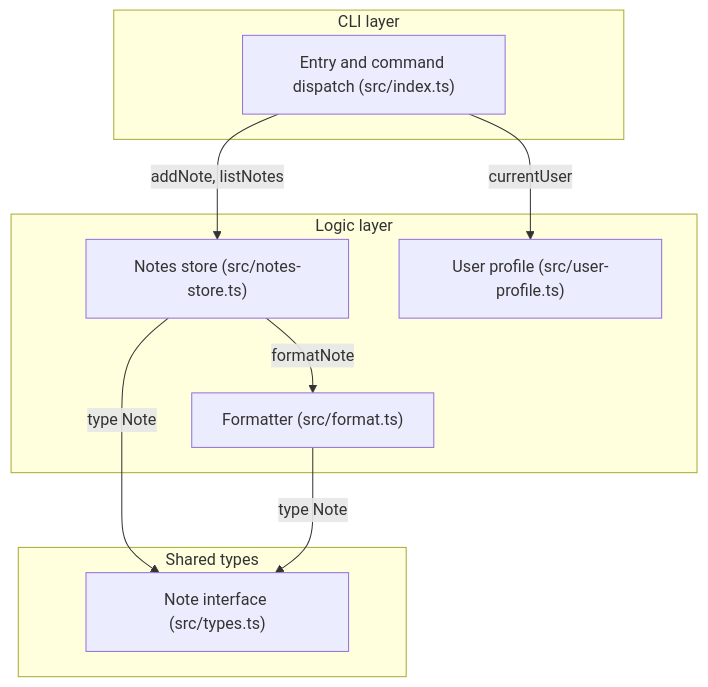
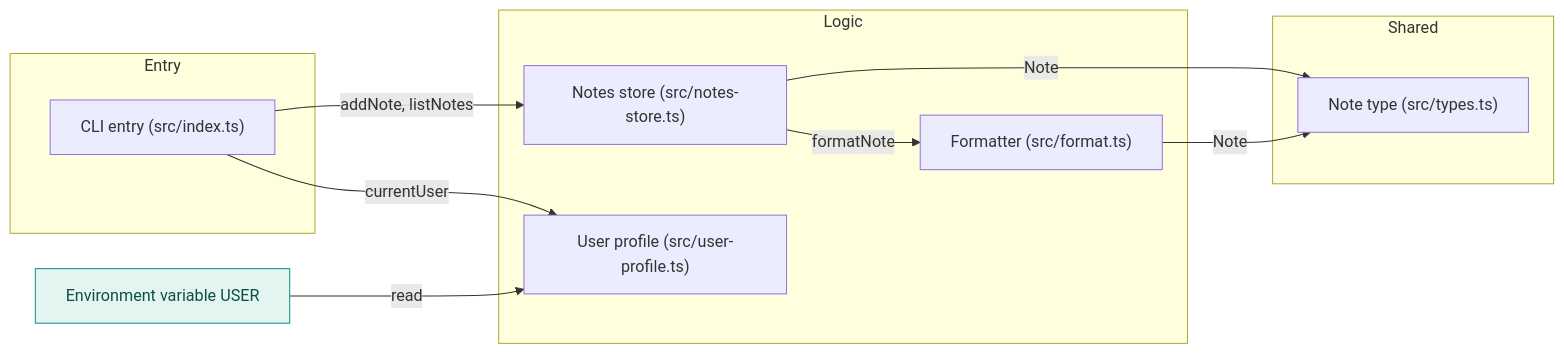
Before and after one commit to hxxnn/codemap: the third of 3 diagrams in examples/ts-notes-cli/docs/codemap/architecture.md, drawn with Mermaid. The commit also changed other lines of this file and 35 other files, not shown here.

First line of the commit message:
test: regenerate examples with the final diagram rules

````diff
--- a/examples/ts-notes-cli/docs/codemap/architecture.md
+++ b/examples/ts-notes-cli/docs/codemap/architecture.md
@@ -44,19 +46,22 @@
 ```mermaid
-flowchart TD
-  subgraph cli["CLI layer"]
-    idx["Entry and command dispatch (src/index.ts)"]
+flowchart LR
+  subgraph entry["Entry"]
+    idx["CLI entry (src/index.ts)"]
   end
-  subgraph logic["Logic layer"]
+  subgraph logic["Logic"]
     store["Notes store (src/notes-store.ts)"]
-    user["User profile (src/user-profile.ts)"]
     fmt["Formatter (src/format.ts)"]
+    prof["User profile (src/user-profile.ts)"]
   end
-  subgraph shared["Shared types"]
-    types["Note interface (src/types.ts)"]
+  subgraph shared["Shared"]
+    types["Note type (src/types.ts)"]
   end
+  env["Environment variable USER"]:::external
   idx -->|"addNote, listNotes"| store
-  idx -->|"currentUser"| user
+  idx -->|"currentUser"| prof
   store -->|"formatNote"| fmt
-  store -->|"type Note"| types
-  fmt -->|"type Note"| types
+  store -->|"Note"| types
+  fmt -->|"Note"| types
+  env -->|"read"| prof
+  classDef external fill:#E3F4F1,stroke:#0E8F83,color:#0B4F49
 ```
````
